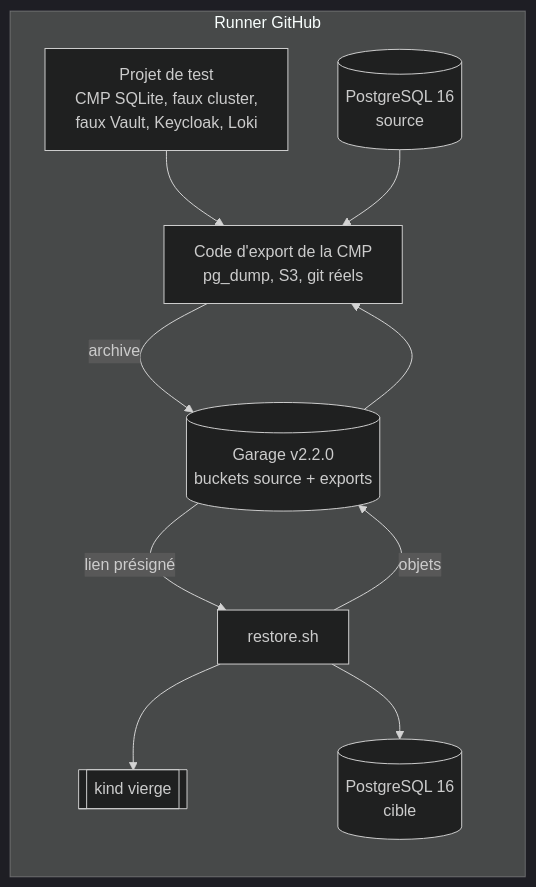
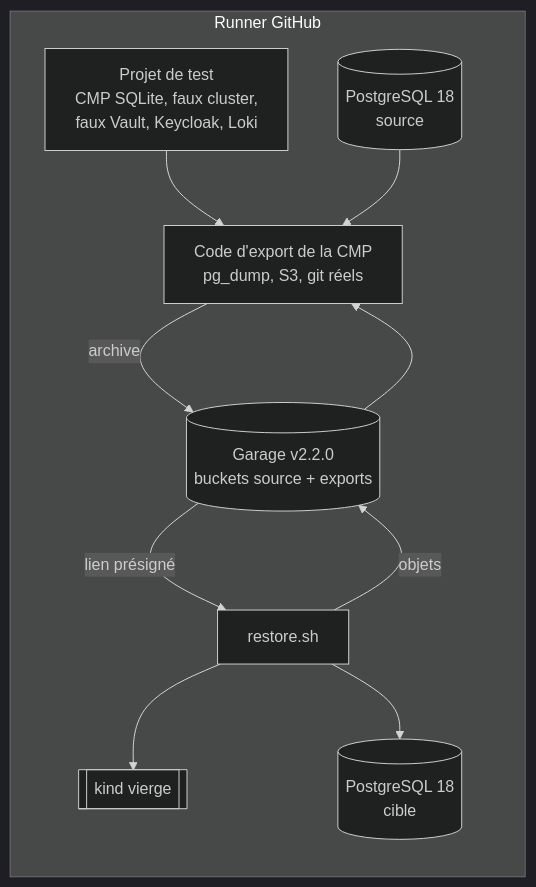
Before and after one commit to 3-Istor/cnp-docs: the first of 2 diagrams in docs/09-conformite/03-reversibilite-portabilite.md, drawn with Mermaid (dark theme). The commit also changed other lines of this file, not shown here.

First line of the commit message:
docs(compliance): restore target must match the PostgreSQL 18 dumps

````diff
--- a/docs/09-conformite/03-reversibilite-portabilite.md
+++ b/docs/09-conformite/03-reversibilite-portabilite.md
@@ -194,20 +199,20 @@
 ```mermaid
 flowchart LR
   subgraph runner[Runner GitHub]
     seed[Projet de test<br/>CMP SQLite, faux cluster,<br/>faux Vault, Keycloak, Loki]
-    src[(PostgreSQL 16<br/>source)]
+    src[(PostgreSQL 18<br/>source)]
     garage[(Garage v2.2.0<br/>buckets source + exports)]
     exp[Code d'export de la CMP<br/>pg_dump, S3, git réels]
-    dst[(PostgreSQL 16<br/>cible)]
+    dst[(PostgreSQL 18<br/>cible)]
     kind[[kind vierge]]
     restore[restore.sh]
   end
   seed --> exp
   src --> exp
   garage --> exp
   exp -- archive --> garage
   garage -- lien présigné --> restore
   restore --> kind
   restore --> dst
   restore -- objets --> garage
 ```
````
